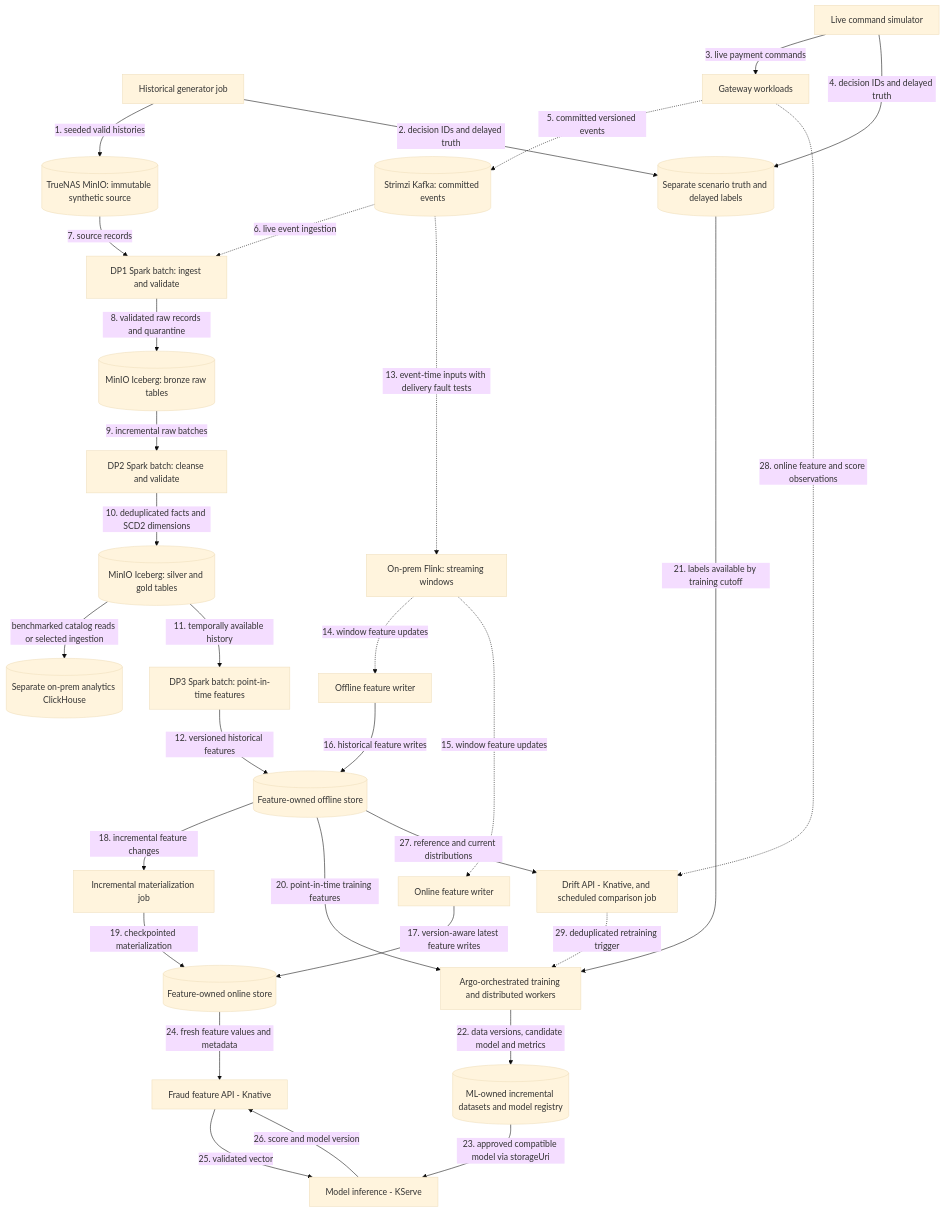
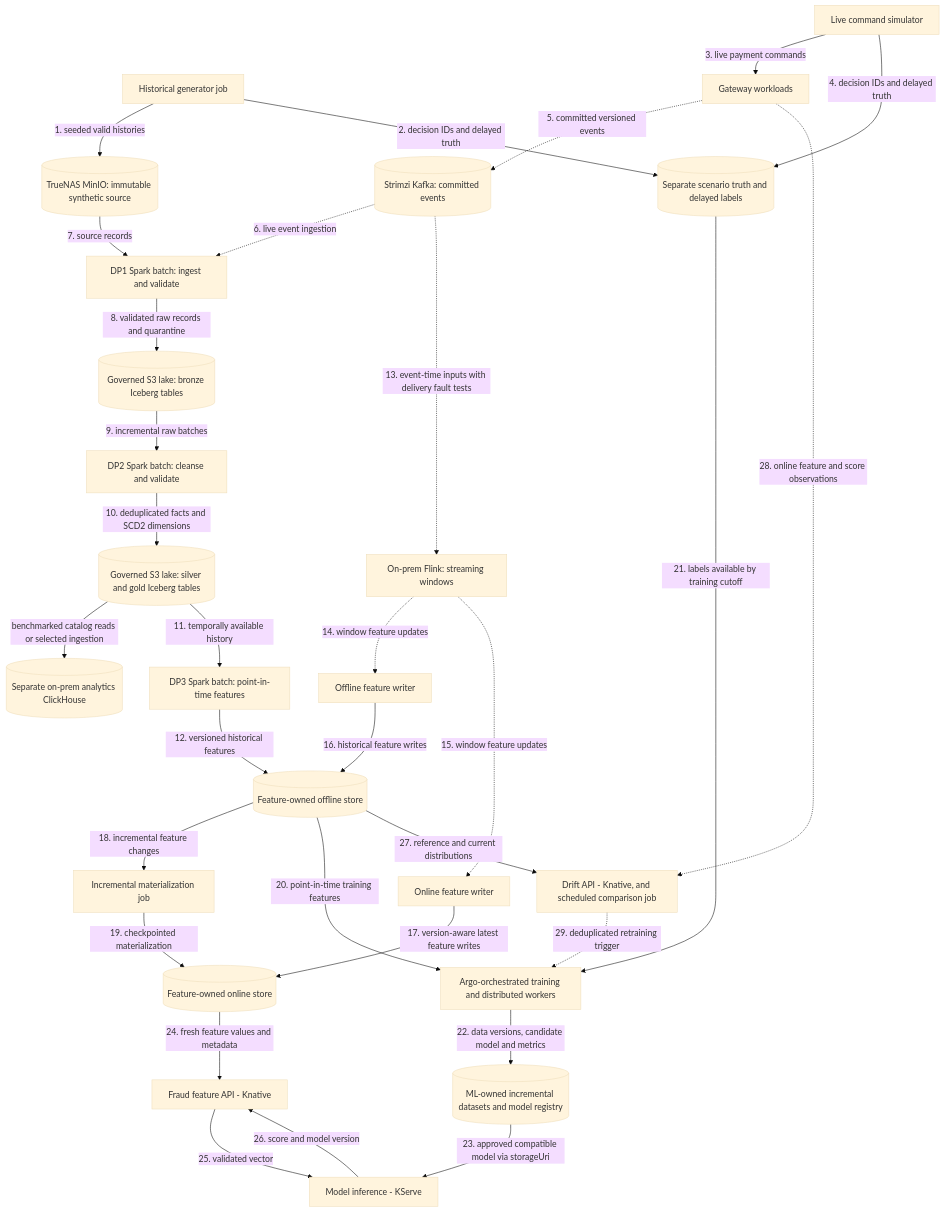
Before and after one commit to phuchoang2603/realtime-credit-card-fraud-detection: the diagram in docs/architecture/data-ml-flows.md, drawn with Mermaid (base theme). The commit also changed other lines of this file and 17 other files, not shown here.

````diff
--- a/docs/architecture/data-ml-flows.md
+++ b/docs/architecture/data-ml-flows.md
@@ -9,56 +9,56 @@
 ```mermaid
 flowchart TB
     H["Historical generator job"]
     L["Live command simulator"]
     G["Gateway workloads"]
     T[("Separate scenario truth and delayed labels")]
     S[("TrueNAS MinIO: immutable synthetic source")]
     Q[("Strimzi Kafka: committed events")]
     D1["DP1 Spark batch: ingest and validate"]
-    B[("MinIO Iceberg: bronze raw tables")]
+    B[("Governed S3 lake: bronze Iceberg tables")]
     D2["DP2 Spark batch: cleanse and validate"]
-    C[("MinIO Iceberg: silver and gold tables")]
+    C[("Governed S3 lake: silver and gold Iceberg tables")]
     CH[("Separate on-prem analytics ClickHouse")]
     D3["DP3 Spark batch: point-in-time features"]
     O[("Feature-owned offline store")]
     W["On-prem Flink: streaming windows"]
     WO["Offline feature writer"]
     WN["Online feature writer"]
     N[("Feature-owned online store")]
     MT["Incremental materialization job"]
     TR["Argo-orchestrated training and distributed workers"]
     MR[("ML-owned incremental datasets and model registry")]
     F["Fraud feature API - Knative"]
     I["Model inference - KServe"]
     D["Drift API - Knative, and scheduled comparison job"]
     H -->|"1. seeded valid histories"| S
     H -->|"2. decision IDs and delayed truth"| T
     L -->|"3. live payment commands"| G
     L -->|"4. decision IDs and delayed truth"| T
     G -.->|"5. committed versioned events"| Q
     Q -.->|"6. live event ingestion"| D1
     S -->|"7. source records"| D1
     D1 -->|"8. validated raw records and quarantine"| B
     B -->|"9. incremental raw batches"| D2
     D2 -->|"10. deduplicated facts and SCD2 dimensions"| C
     C -->|"benchmarked catalog reads or selected ingestion"| CH
     C -->|"11. temporally available history"| D3
     D3 -->|"12. versioned historical features"| O
     Q -.->|"13. event-time inputs with delivery fault tests"| W
     W -.->|"14. window feature updates"| WO
     W -.->|"15. window feature updates"| WN
     WO -->|"16. historical feature writes"| O
     WN -->|"17. version-aware latest feature writes"| N
     O -->|"18. incremental feature changes"| MT
     MT -->|"19. checkpointed materialization"| N
     O -->|"20. point-in-time training features"| TR
     T -->|"21. labels available by training cutoff"| TR
     TR -->|"22. data versions, candidate model and metrics"| MR
     MR -->|"23. approved compatible model via storageUri"| I
     N -->|"24. fresh feature values and metadata"| F
     F -->|"25. validated vector"| I
     I -->|"26. score and model version"| F
     O -->|"27. reference and current distributions"| D
     G -.->|"28. online feature and score observations"| D
     D -.->|"29. deduplicated retraining trigger"| TR
 ```
````
